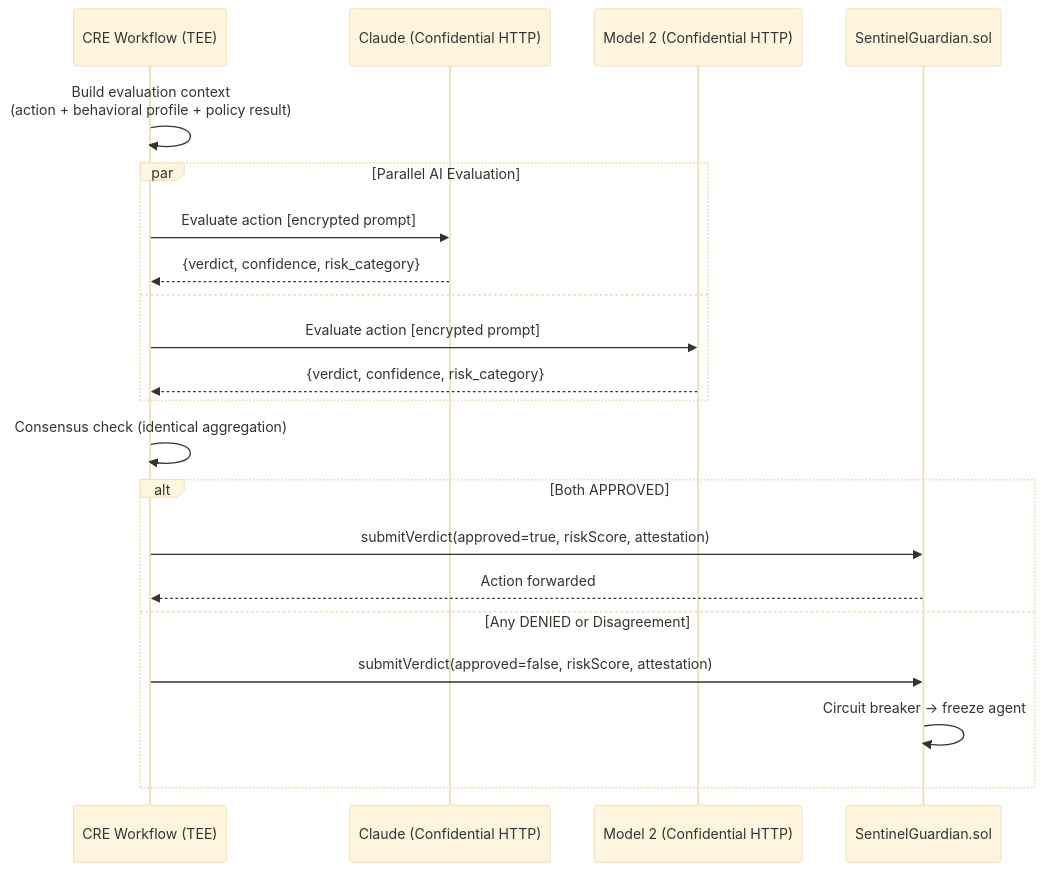
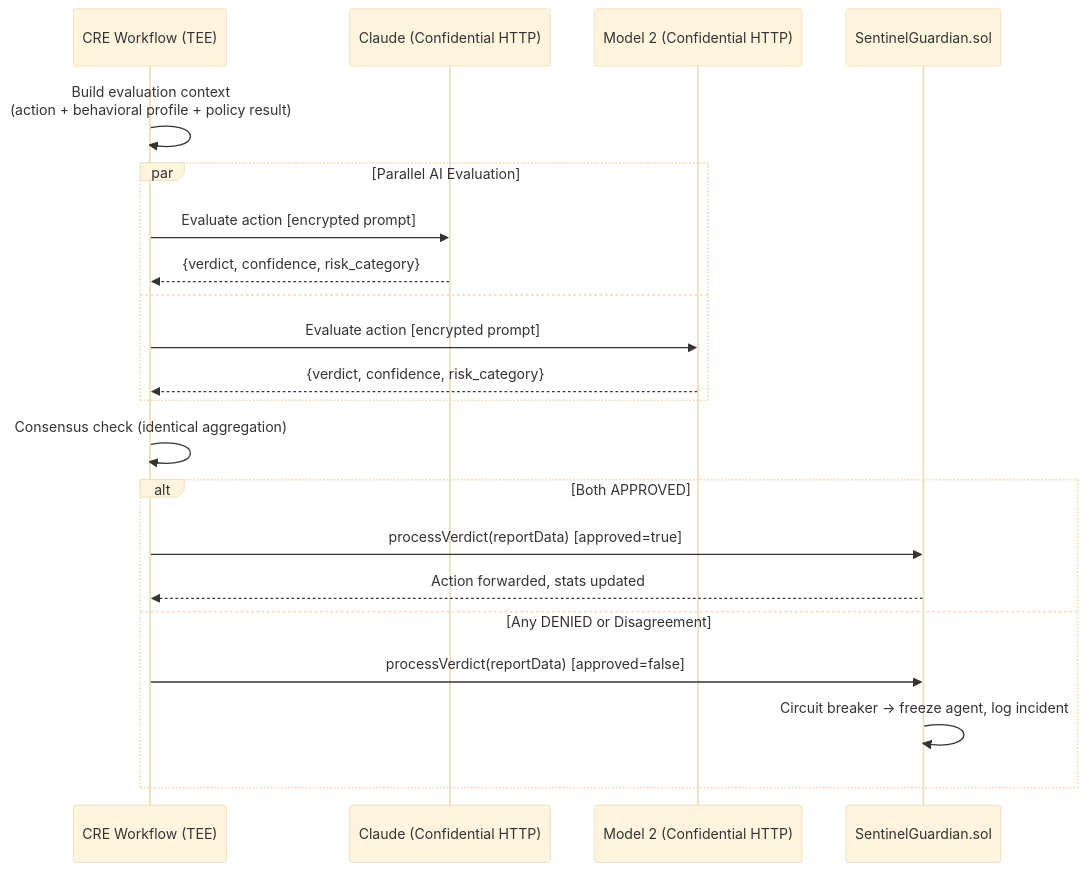
One commit to ProjectWaja/SentinelCRE changed the third of 6 diagrams in docs/ARCHITECTURE.md. Above: the diagram before and after it, drawn with Mermaid (base theme). The commit also changed other lines of this file and 5 other files, not shown here.

````diff
--- a/docs/ARCHITECTURE.md
+++ b/docs/ARCHITECTURE.md
@@ -93,27 +93,27 @@
 ```mermaid
 sequenceDiagram
     participant W as CRE Workflow (TEE)
     participant C as Claude (Confidential HTTP)
     participant M as Model 2 (Confidential HTTP)
     participant G as SentinelGuardian.sol
     
     W->>W: Build evaluation context<br/>(action + behavioral profile + policy result)
     
     par Parallel AI Evaluation
         W->>C: Evaluate action [encrypted prompt]
         C-->>W: {verdict, confidence, risk_category}
     and
         W->>M: Evaluate action [encrypted prompt]
         M-->>W: {verdict, confidence, risk_category}
     end
     
     W->>W: Consensus check (identical aggregation)
     
     alt Both APPROVED
-        W->>G: submitVerdict(approved=true, riskScore, attestation)
-        G-->>W: Action forwarded
+        W->>G: processVerdict(reportData) [approved=true]
+        G-->>W: Action forwarded, stats updated
     else Any DENIED or Disagreement
-        W->>G: submitVerdict(approved=false, riskScore, attestation)
-        G->>G: Circuit breaker → freeze agent
+        W->>G: processVerdict(reportData) [approved=false]
+        G->>G: Circuit breaker → freeze agent, log incident
     end
 ```
````
